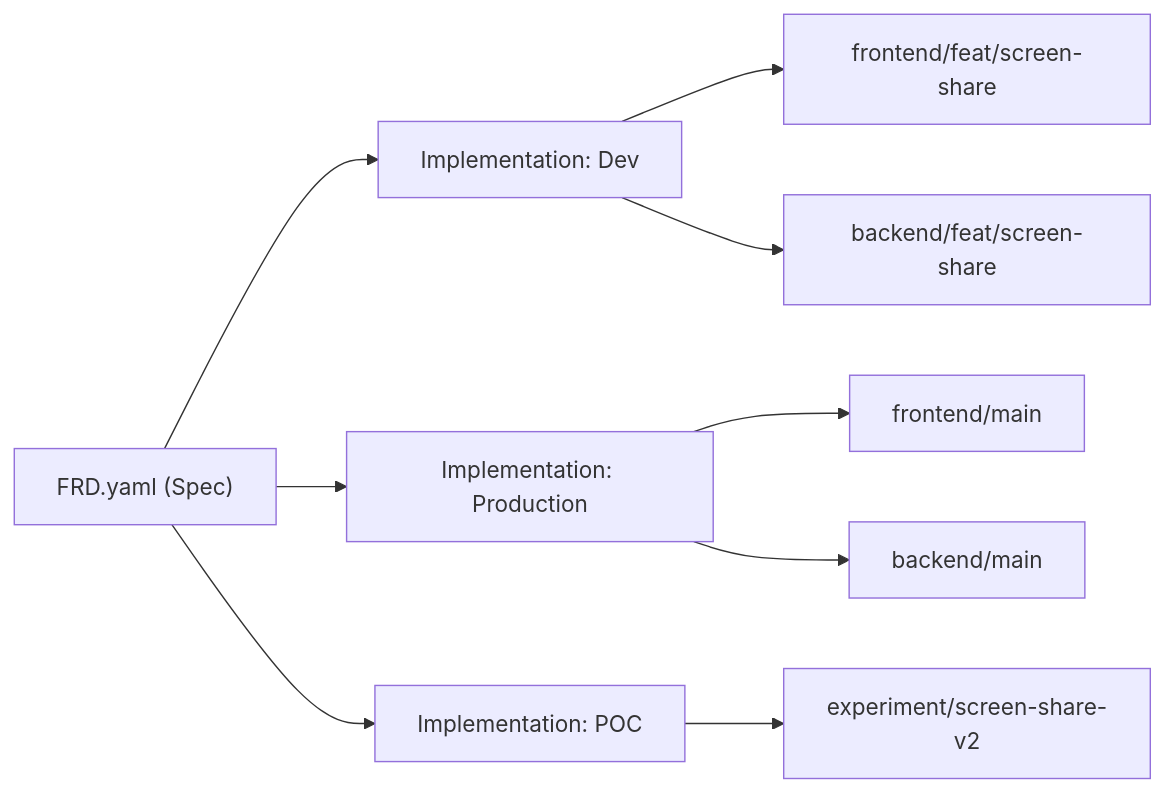
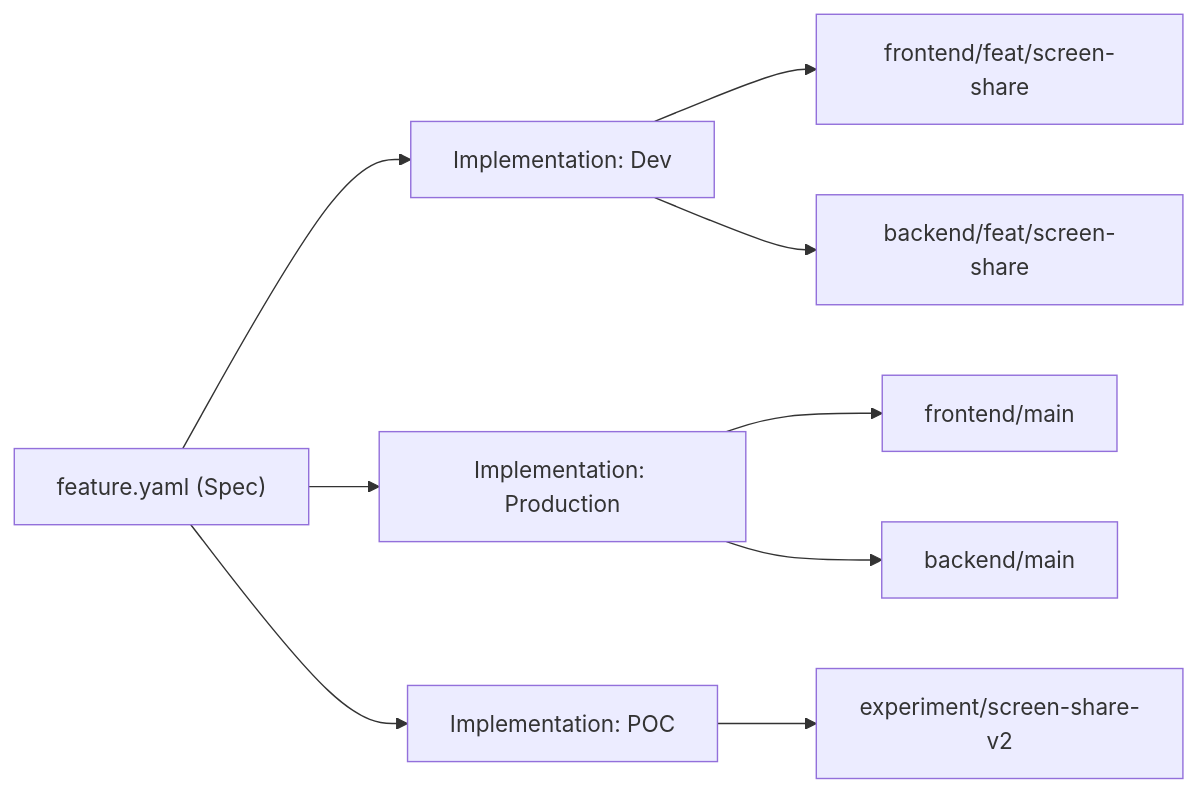
Before and after one commit to acai-sh/docs: the diagram in gitops.mdx, drawn with Mermaid. The commit also changed 13 other files, not shown here.

Commit message:
frd -> feature.yaml

````diff
--- a/gitops.mdx
+++ b/gitops.mdx
@@ -24,16 +24,16 @@
 ```mermaid
 graph LR
-    FRD["FRD.yaml (Spec)"]
+    FEAT["feature.yaml (Spec)"]
 
-    FRD --> Dev["Implementation: Dev"]
-    FRD --> Prod["Implementation: Production"]
-    FRD --> POC["Implementation: POC"]
+    FEAT --> Dev["Implementation: Dev"]
+    FEAT --> Prod["Implementation: Production"]
+    FEAT --> POC["Implementation: POC"]
 
     Dev --> B1["frontend/feat/screen-share"]
     Dev --> B2["backend/feat/screen-share"]
 
     Prod --> B3["frontend/main"]
     Prod --> B4["backend/main"]
 
     POC --> B5["experiment/screen-share-v2"]
 ```
````
